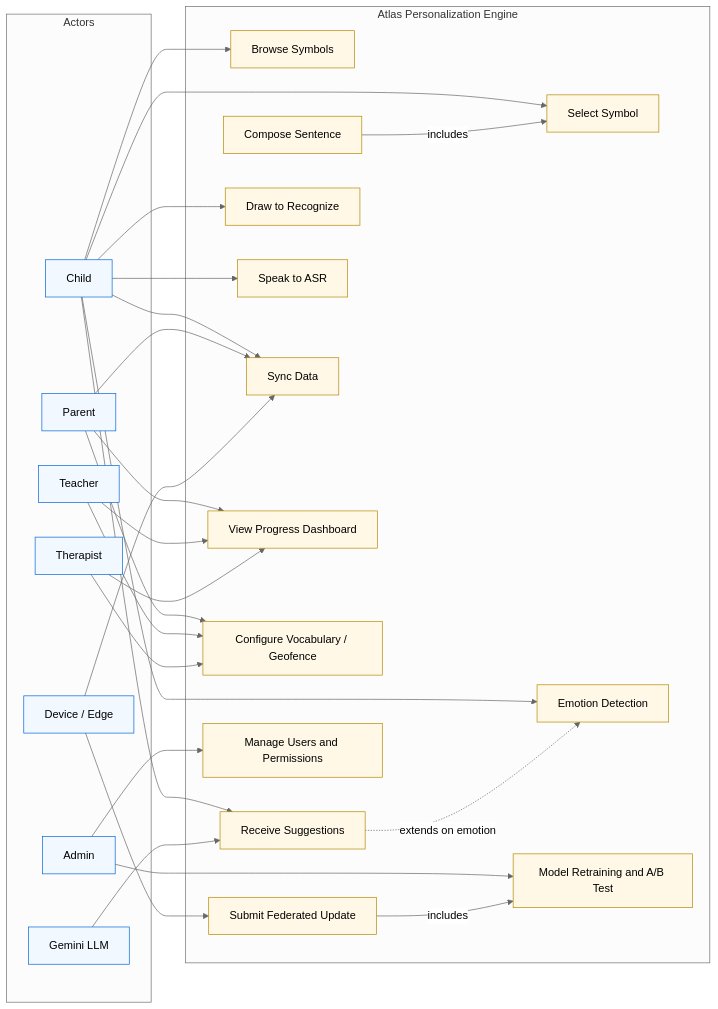
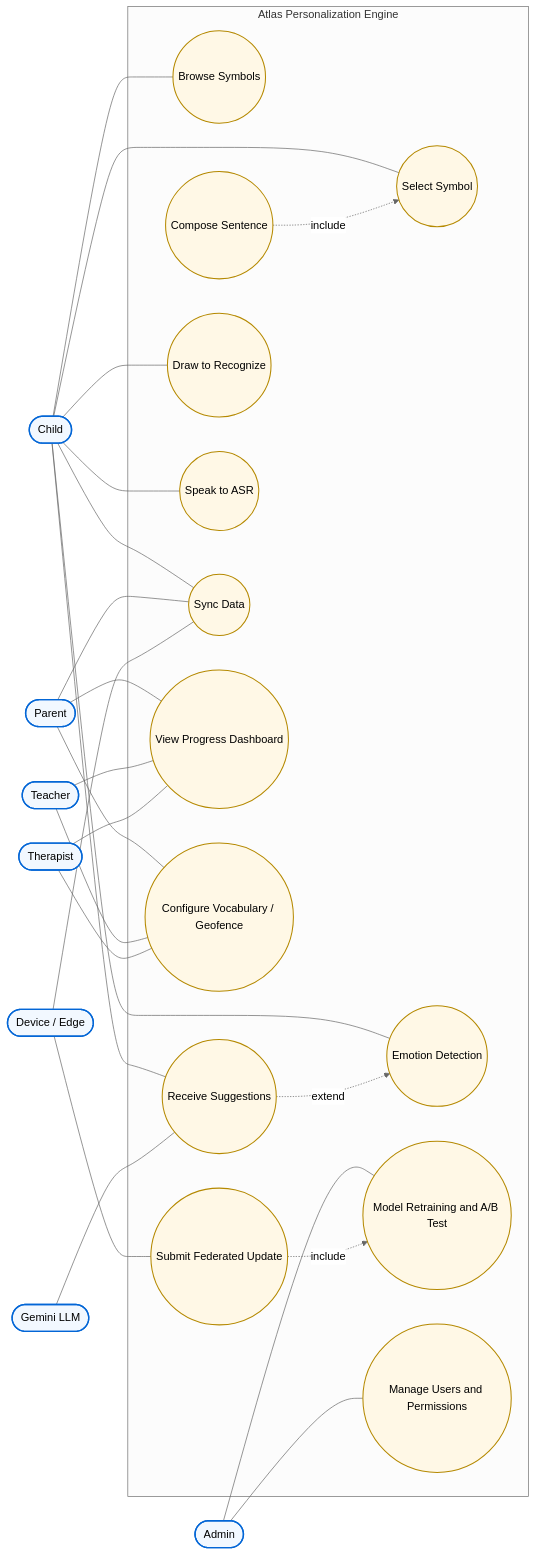
Before and after one commit to baltej223/software_engineering_project: the diagram in usecasediar.md, drawn with Mermaid (neutral theme).

````diff
--- a/usecasediar.md
+++ b/usecasediar.md
@@ -3,70 +3,88 @@
 ```mermaid
 graph LR
 
+  %% =========================
   %% Actors
-  subgraph Actors["Actors"]
-    C["Child"]
-    P["Parent"]
-    T["Teacher"]
-    R["Therapist"]
-    A["Admin"]
-    D["Device / Edge"]
-    L["Gemini LLM"]
+  %% =========================
+
+  C([Child])
+  P([Parent])
+  T([Teacher])
+  R([Therapist])
+  A([Admin])
+  D([Device / Edge])
+  L([Gemini LLM])
+
+  %% =========================
+  %% System Boundary
+  %% =========================
+
+  subgraph Atlas["Atlas Personalization Engine"]
+
+    BS((Browse Symbols))
+    SS((Select Symbol))
+    CS((Compose Sentence))
+    RS((Receive Suggestions))
+
+    DR((Draw to Recognize))
+    SA((Speak to ASR))
+    ED((Emotion Detection))
+    SY((Sync Data))
+
+    PD((View Progress Dashboard))
+    CV((Configure Vocabulary / Geofence))
+
+    FU((Submit Federated Update))
+    MR((Model Retraining and A/B Test))
+    MU((Manage Users and Permissions))
+
   end
 
-  %% System boundary with use cases
-  subgraph Atlas["Atlas Personalization Engine"]
-    BS["Browse Symbols"]
-    SS["Select Symbol"]
-    CS["Compose Sentence"]
-    RS["Receive Suggestions"]
-    DR["Draw to Recognize"]
-    SA["Speak to ASR"]
-    ED["Emotion Detection"]
-    SY["Sync Data"]
-    PD["View Progress Dashboard"]
-    CV["Configure Vocabulary / Geofence"]
-    FU["Submit Federated Update"]
-    MR["Model Retraining and A/B Test"]
-    MU["Manage Users and Permissions"]
-  end
+  %% =========================
+  %% Actor Associations
+  %% =========================
 
-  %% Actor to Use Case links
-  C --> BS
-  C --> SS
-  C --> RS
-  C --> DR
-  C --> SA
-  C --> ED
-  C --> SY
+  C --- BS
+  C --- SS
+  C --- RS
+  C --- DR
+  C --- SA
+  C --- ED
+  C --- SY
 
-  P --> PD
-  P --> CV
-  P --> SY
+  P --- PD
+  P --- CV
+  P --- SY
 
-  T --> PD
-  T --> CV
+  T --- PD
+  T --- CV
 
-  R --> PD
-  R --> CV
+  R --- PD
+  R --- CV
 
-  D --> FU
-  D --> SY
+  D --- FU
+  D --- SY
 
-  A --> MU
-  A --> MR
+  A --- MU
+  A --- MR
 
-  L --> RS
+  L --- RS
 
-  %% Include / Extend relationships
-  CS -->|"includes"| SS
-  RS -.->|"extends on emotion"| ED
-  FU -->|"includes"| MR
+  %% =========================
+  %% Include / Extend
+  %% =========================
 
+  CS -.->|"include"| SS
+  RS -.->|"extend"| ED
+  FU -.->|"include"| MR
+
+  %% =========================
   %% Styling
-  classDef actor fill:#f2f8ff,stroke:#0366d6,stroke-width:1px;
-  classDef system fill:#fff8e6,stroke:#b58900,stroke-width:1px;
+  %% =========================
+
+  classDef actor fill:#f2f8ff,stroke:#0366d6,stroke-width:2px;
+  classDef usecase fill:#fff8e6,stroke:#b58900,stroke-width:1.5px;
 
   class C,P,T,R,A,D,L actor;
-  class BS,SS,CS,RS,DR,SA,ED,SY,PD,CV,FU,MR,MU system;
+  class BS,SS,CS,RS,DR,SA,ED,SY,PD,CV,FU,MR,MU usecase;
 ```
````
